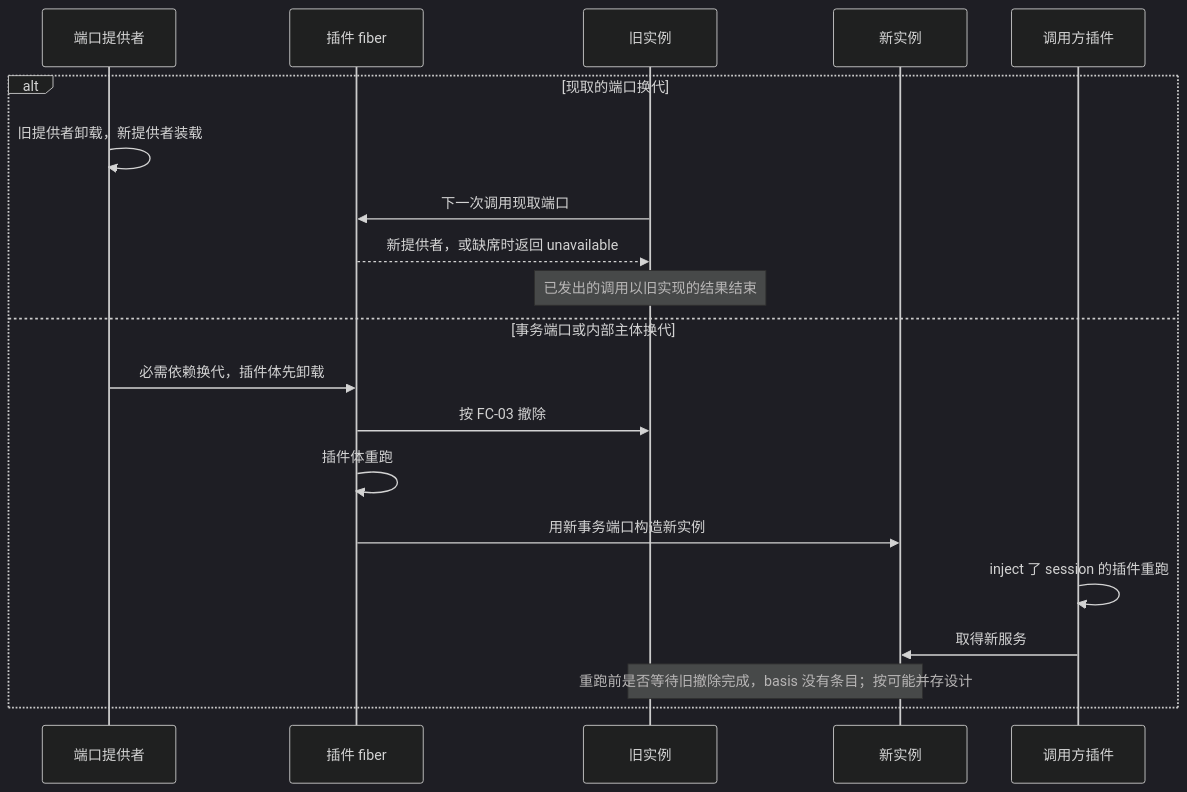
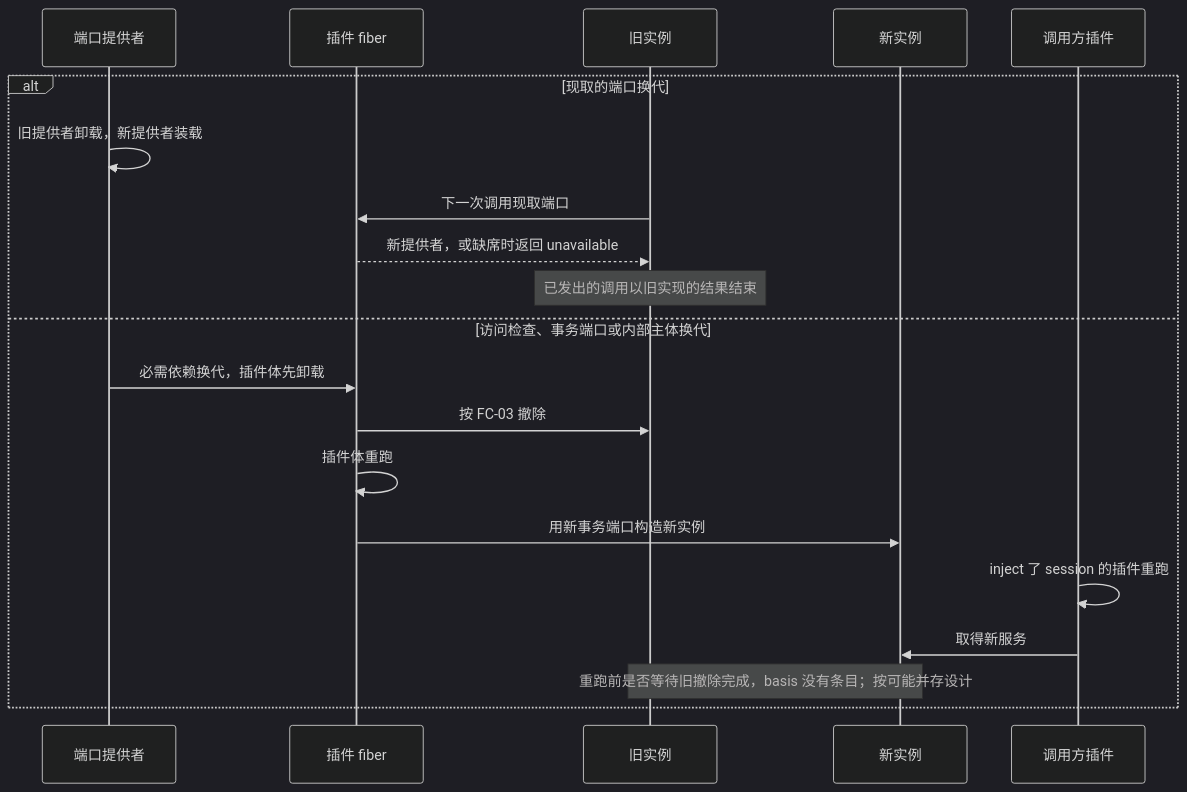
Before and after one commit to nemori-ai/omne-harness-lite: the second of 4 diagrams in packages/session/session-cordis/docs/flows.md, drawn with Mermaid (dark theme). The commit also changed other lines of this file and 44 other files, not shown here.

````diff
--- a/packages/session/session-cordis/docs/flows.md
+++ b/packages/session/session-cordis/docs/flows.md
@@ -53,22 +55,22 @@
 ```mermaid
 sequenceDiagram
   participant P as 端口提供者
   participant F as 插件 fiber
   participant I as 旧实例
   participant N as 新实例
   participant L as 调用方插件
   alt 现取的端口换代
     P->>P: 旧提供者卸载，新提供者装载
     I->>F: 下一次调用现取端口
     F-->>I: 新提供者，或缺席时返回 unavailable
     Note over I: 已发出的调用以旧实现的结果结束
-  else 事务端口或内部主体换代
+  else 访问检查、事务端口或内部主体换代
     P->>F: 必需依赖换代，插件体先卸载
     F->>I: 按 FC-03 撤除
     F->>F: 插件体重跑
     F->>N: 用新事务端口构造新实例
     L->>L: inject 了 session 的插件重跑
     L->>N: 取得新服务
     Note over I,N: 重跑前是否等待旧撤除完成，basis 没有条目；按可能并存设计
   end
 ```
````
